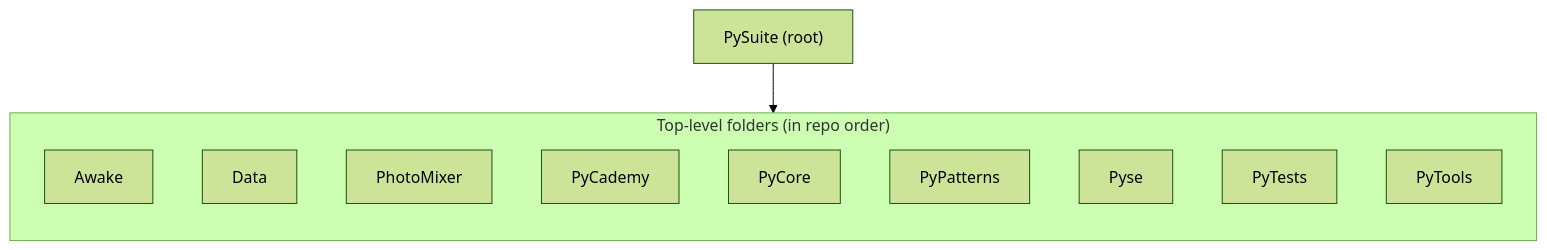
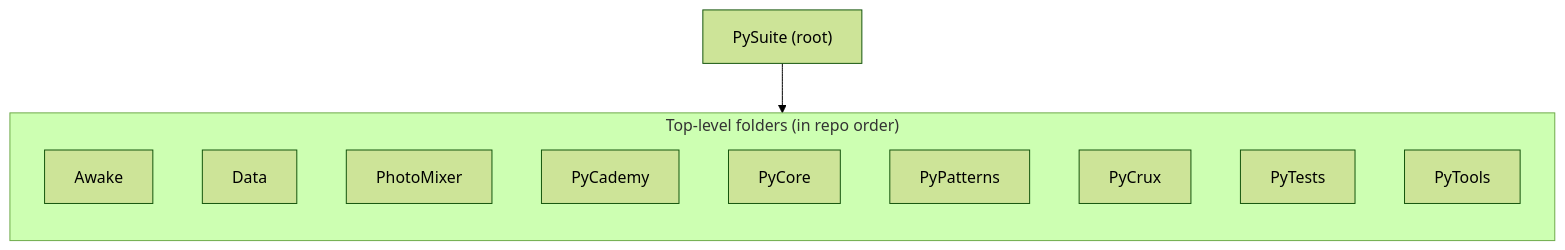
Before and after one commit to rslakra/PySuite: the diagram in README.md, drawn with Mermaid (forest theme). The commit also changed other lines of this file and 197 other files, not shown here.

````diff
--- a/README.md
+++ b/README.md
@@ -131,19 +131,19 @@
 ```mermaid
 flowchart TB
   Root["PySuite (root)"]
 
   subgraph projects ["Top-level folders (in repo order)"]
     direction TB
     Awake["Awake"]
     Data["Data"]
     PhotoMixer["PhotoMixer"]
     PyCademy["PyCademy"]
     PyCore["PyCore"]
     PyPatterns["PyPatterns"]
-    Pyse["Pyse"]
+    PyCrux["PyCrux"]
     PyTests["PyTests"]
     PyTools["PyTools"]
   end
 
   Root --> projects
 ```
````
